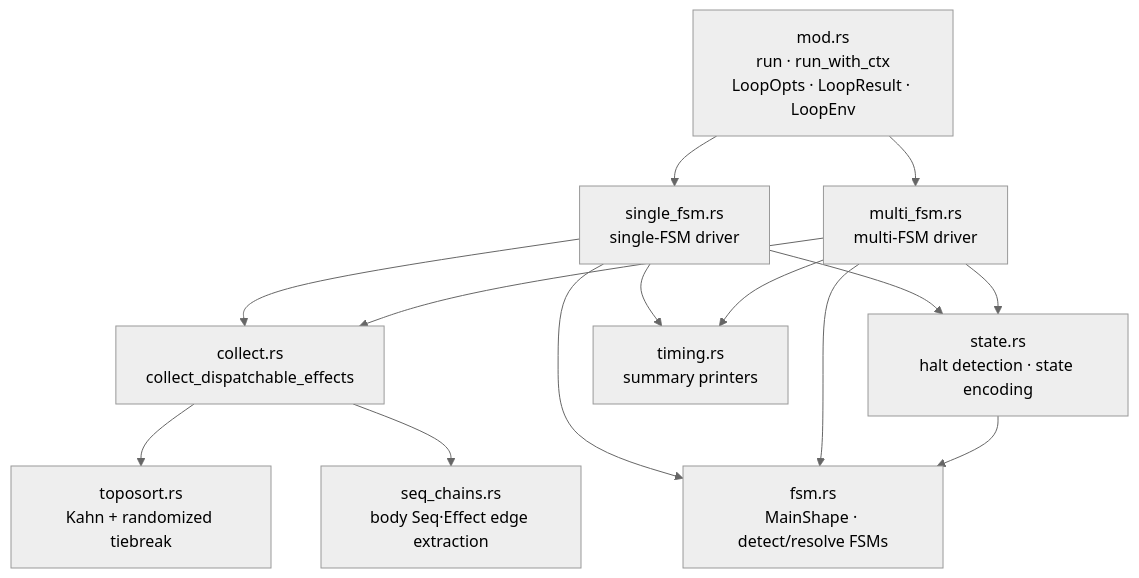
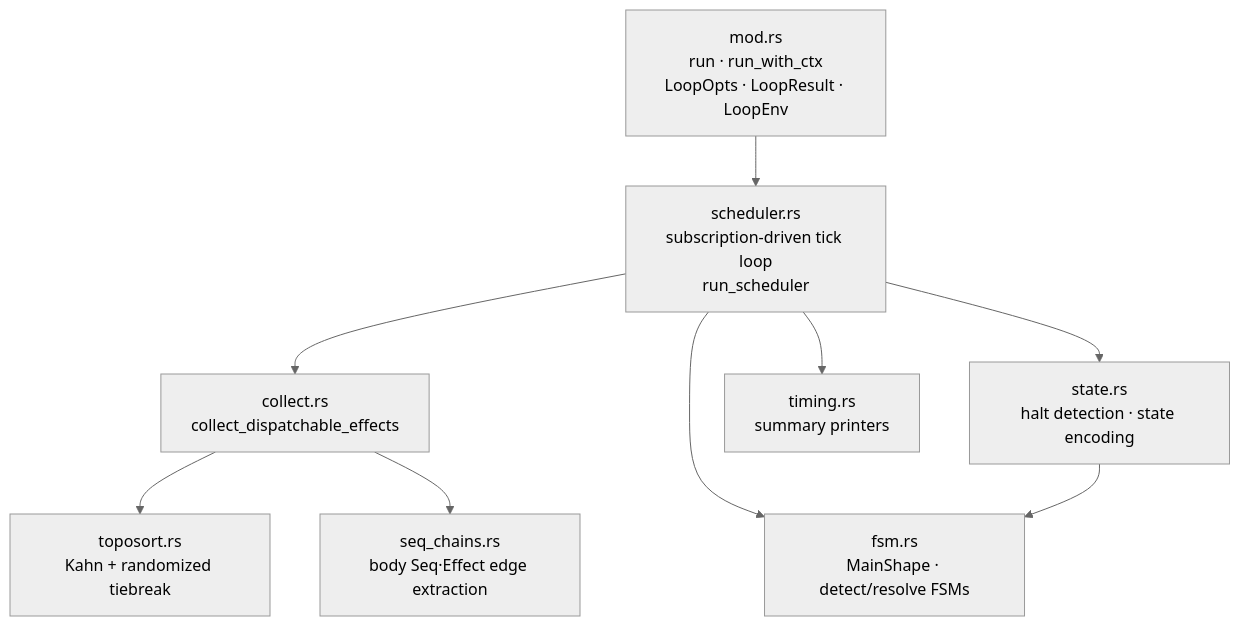
Before and after one commit to danroblewis/evident: the third of 7 diagrams in runtime/README.md, drawn with Mermaid (neutral theme). The commit also changed other lines of this file and 1 other file, not shown here.

Commit message:
docs: update README + CLAUDE.md for single_fsm collapse
- runtime/README.md: redraw effect_loop/ diagram (one scheduler node,
  no more single/multi split), drop EVIDENT_SCHEDULER=legacy env var
  from the table
- CLAUDE.md: collapse the two scheduler rows in the "want to change X"
  table, remove the EVIDENT_SCHEDULER=legacy opt-out paragraph

````diff
--- a/runtime/README.md
+++ b/runtime/README.md
@@ -158,32 +158,25 @@
 ```mermaid
 graph TD
     modrs[mod.rs<br/>run · run_with_ctx<br/>LoopOpts · LoopResult · LoopEnv]
 
-    single[single_fsm.rs<br/>single-FSM driver]
-    multi[multi_fsm.rs<br/>multi-FSM driver]
+    sched[scheduler.rs<br/>subscription-driven tick loop<br/>run_scheduler]
 
     collect[collect.rs<br/>collect_dispatchable_effects]
     fsm[fsm.rs<br/>MainShape · detect/resolve FSMs]
     state[state.rs<br/>halt detection · state encoding]
     timing[timing.rs<br/>summary printers]
 
     toposort[toposort.rs<br/>Kahn + randomized tiebreak]
     seqchains[seq_chains.rs<br/>body Seq·Effect edge extraction]
 
-    modrs --> single
-    modrs --> multi
+    modrs --> sched
 
-    single --> collect
-    single --> fsm
-    single --> state
-    single --> timing
-
-    multi --> collect
-    multi --> fsm
-    multi --> state
-    multi --> timing
+    sched --> collect
+    sched --> fsm
+    sched --> state
+    sched --> timing
 
     state --> fsm
     collect --> toposort
     collect --> seqchains
 ```
````
